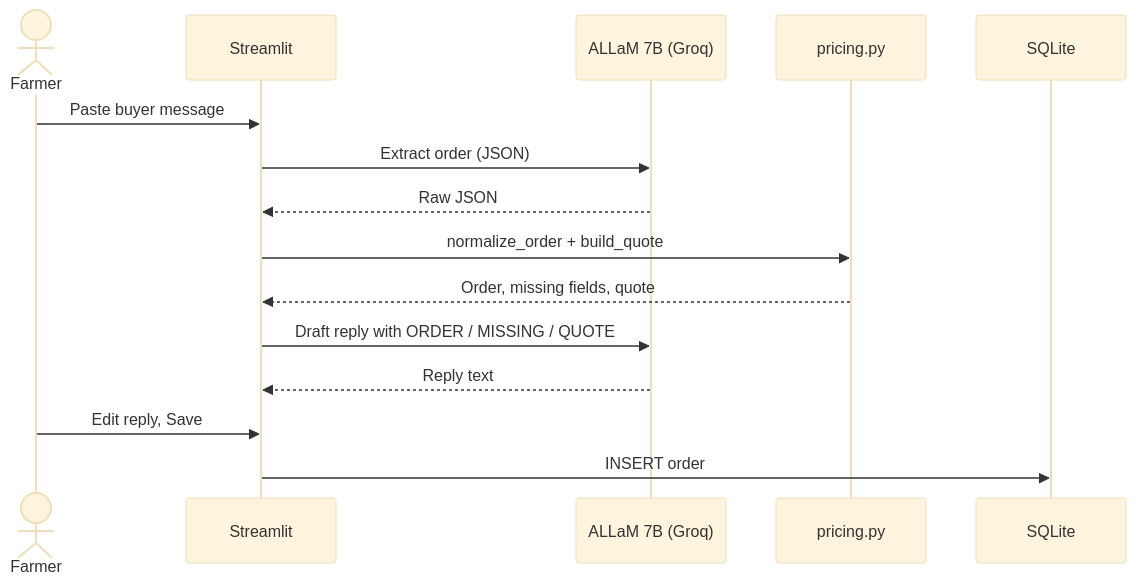
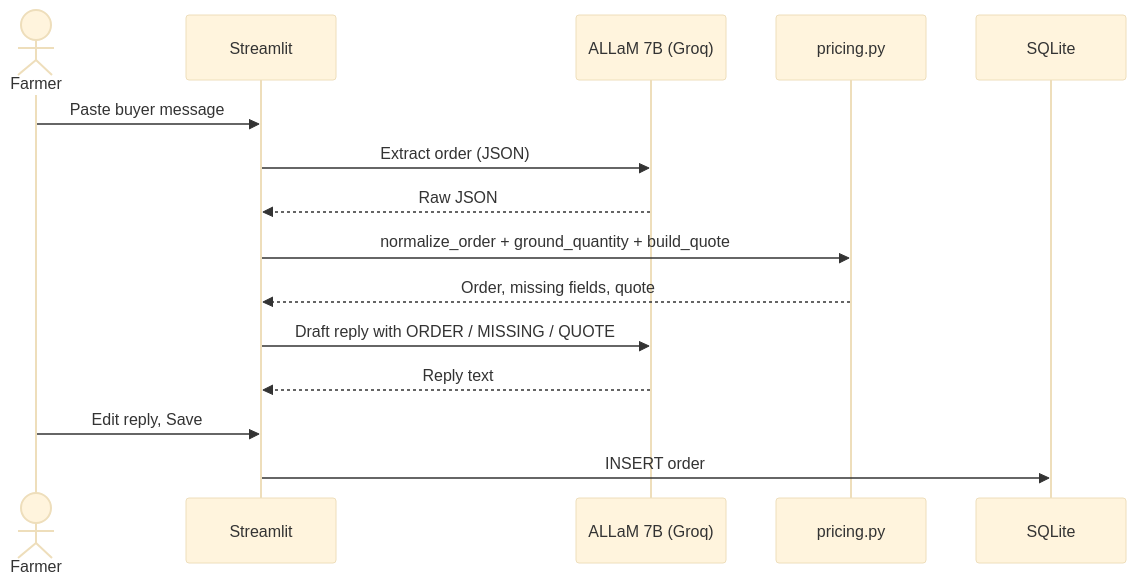
The third of 4 diagrams in README.md (hellohammadi/mandi-desk), drawn with Mermaid (base theme) before and after one commit. The commit also changed other lines of this file, not shown here.

First line of the commit message:
README: expected/actual test table, diagrams match grounding step, model license, examples

````diff
--- a/README.md
+++ b/README.md
@@ -64,17 +70,17 @@
 ```mermaid
 sequenceDiagram
   actor Farmer
   participant UI as Streamlit
   participant LLM as ALLaM 7B (Groq)
   participant P as pricing.py
   participant DB as SQLite
   Farmer->>UI: Paste buyer message
   UI->>LLM: Extract order (JSON)
   LLM-->>UI: Raw JSON
-  UI->>P: normalize_order + build_quote
+  UI->>P: normalize_order + ground_quantity + build_quote
   P-->>UI: Order, missing fields, quote
   UI->>LLM: Draft reply with ORDER / MISSING / QUOTE
   LLM-->>UI: Reply text
   Farmer->>UI: Edit reply, Save
   UI->>DB: INSERT order
 ```
````
